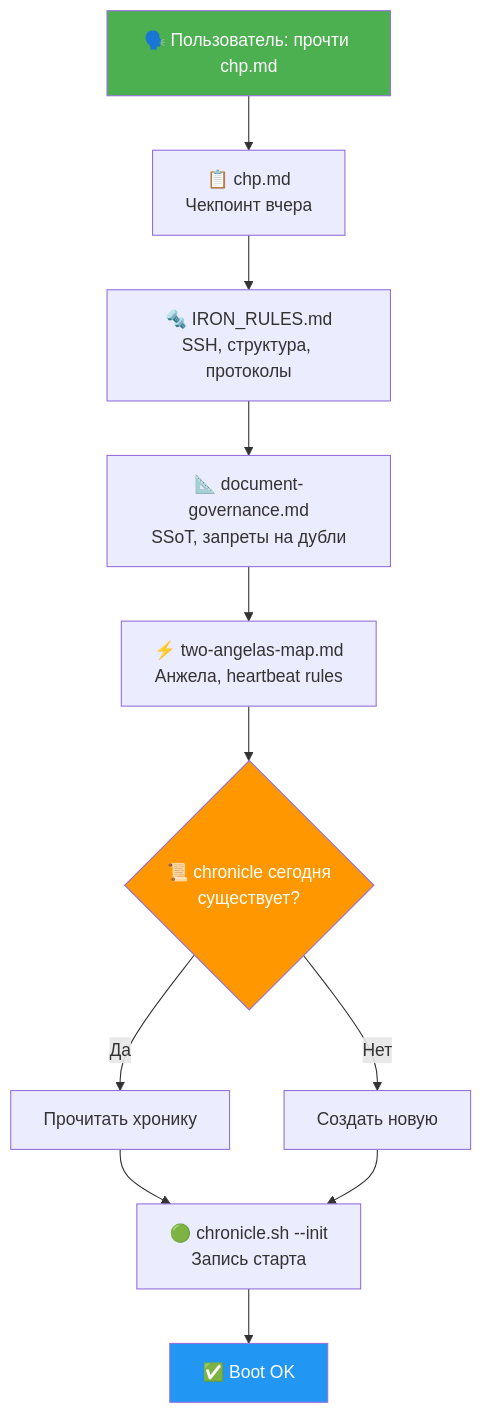
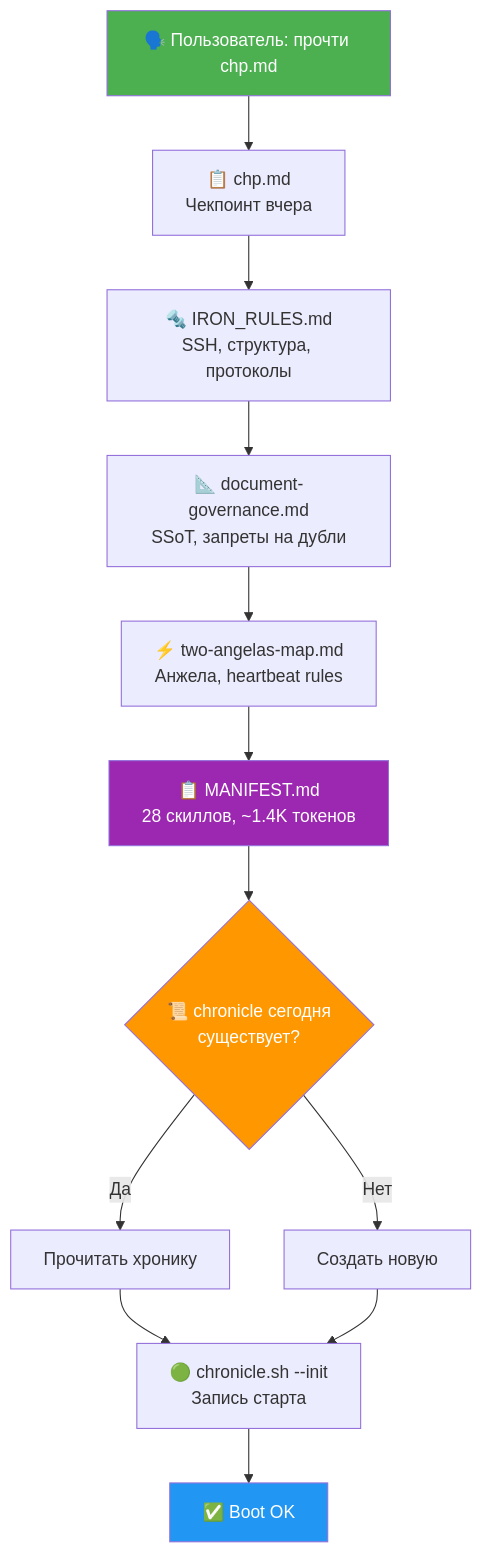
The diagram in GEMINI.md (Erik03132/freelance-2026), drawn with Mermaid before and after one commit. The commit also changed other lines of this file and 21 other files, not shown here.

````diff
--- a/GEMINI.md
+++ b/GEMINI.md
@@ -44,17 +48,19 @@
 ```mermaid
 graph TD
     A["🗣️ Пользователь: прочти chp.md"] --> B["📋 chp.md<br/>Чекпоинт вчера"]
     B --> C["🔩 IRON_RULES.md<br/>SSH, структура, протоколы"]
     C --> D["📐 document-governance.md<br/>SSoT, запреты на дубли"]
     D --> E["⚡ two-angelas-map.md<br/>Анжела, heartbeat rules"]
-    E --> F{"📜 chronicle сегодня<br/>существует?"}
+    E --> M["📋 MANIFEST.md<br/>28 скиллов, ~1.4K токенов"]
+    M --> F{"📜 chronicle сегодня<br/>существует?"}
     F -->|Да| G["Прочитать хронику"]
     F -->|Нет| H["Создать новую"]
     G --> I["🟢 chronicle.sh --init<br/>Запись старта"]
     H --> I
     I --> J["✅ Boot OK"]
 
     style A fill:#4CAF50,color:#fff
     style J fill:#2196F3,color:#fff
     style F fill:#FF9800,color:#fff
+    style M fill:#9C27B0,color:#fff
 ```
````
